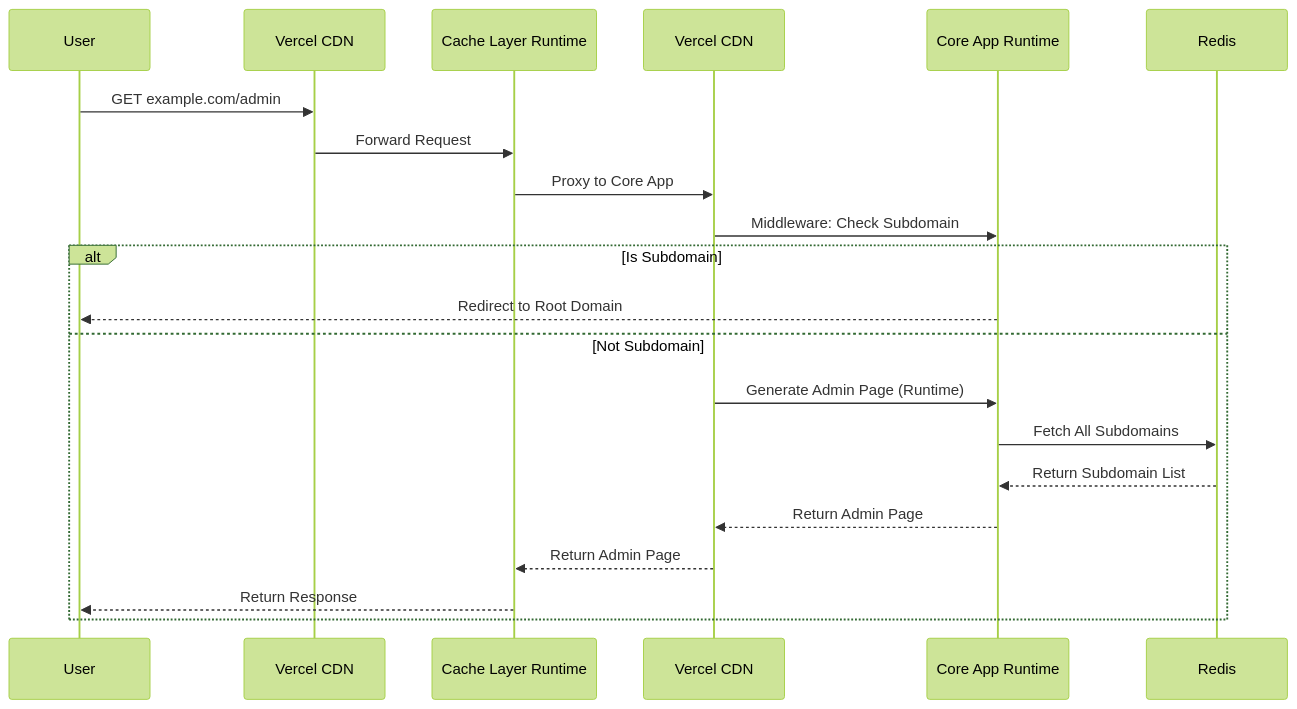
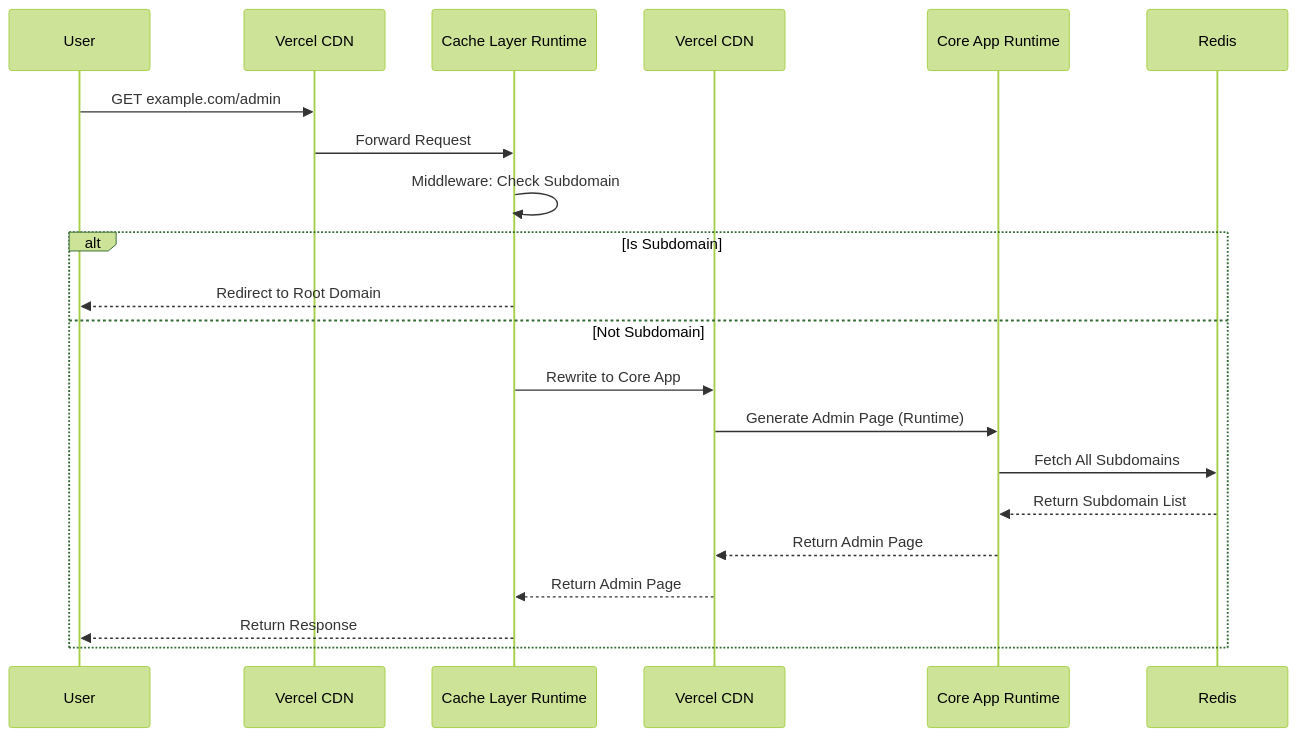
The fourth of 5 diagrams in docs/ARCHITECTURE.md (vercel-labs/isr-platform-shield), drawn with Mermaid (forest theme) before and after one commit. The commit also changed other lines of this file and 2 other files, not shown here.

````diff
--- a/docs/ARCHITECTURE.md
+++ b/docs/ARCHITECTURE.md
@@ -92,24 +127,24 @@
 ```mermaid
 sequenceDiagram
     participant U as User
     participant VCL as Vercel CDN
     participant VCL_RT as Cache Layer Runtime
     participant VCA as Vercel CDN
     participant VCA_RT as Core App Runtime
     participant R as Redis
 
     U->>VCL: GET example.com/admin
     VCL->>VCL_RT: Forward Request
-    VCL_RT->>VCA: Proxy to Core App
-    VCA->>VCA_RT: Middleware: Check Subdomain
+    VCL_RT->>VCL_RT: Middleware: Check Subdomain
     alt Is Subdomain
-        VCA_RT-->>U: Redirect to Root Domain
+        VCL_RT-->>U: Redirect to Root Domain
     else Not Subdomain
+        VCL_RT->>VCA: Rewrite to Core App
         VCA->>VCA_RT: Generate Admin Page (Runtime)
         VCA_RT->>R: Fetch All Subdomains
         R-->>VCA_RT: Return Subdomain List
         VCA_RT-->>VCA: Return Admin Page
         VCA-->>VCL_RT: Return Admin Page
         VCL_RT-->>U: Return Response
     end
 ```
````
